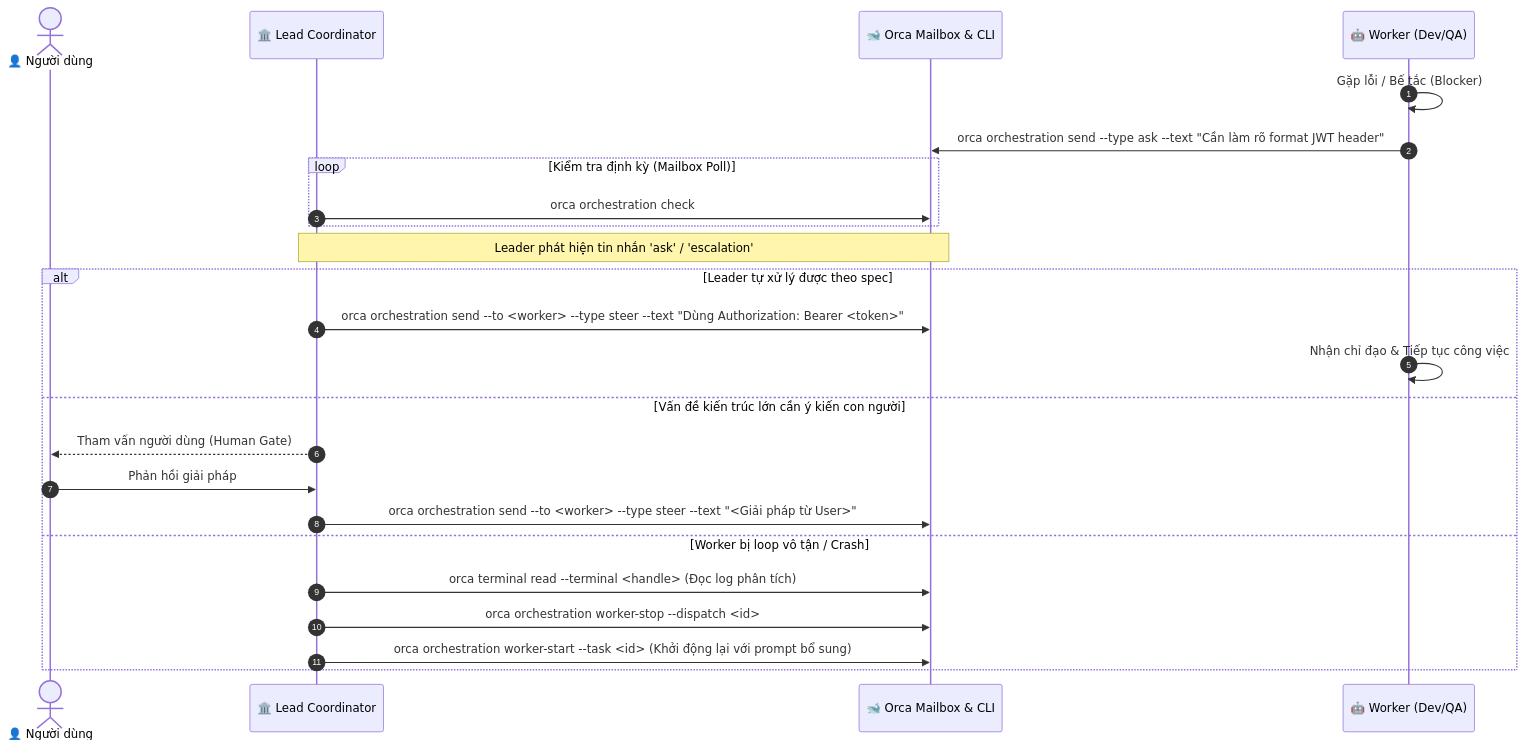
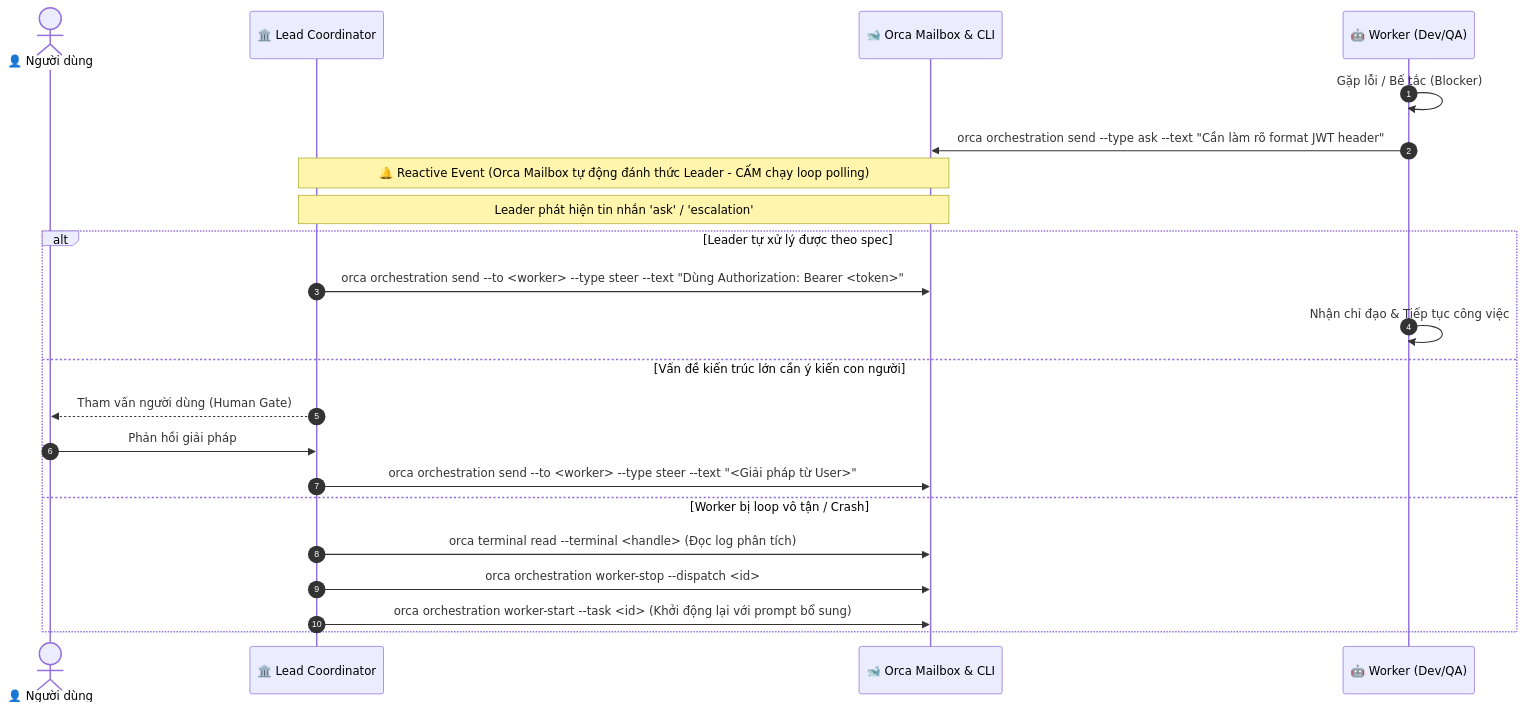
The sixth of 7 diagrams in docs/workflows.md (thapld/orca-multi-agent-orchestrator), drawn with Mermaid before and after one commit. The commit also changed other lines of this file and 3 other files, not shown here.

Commit message:
fix(token-economy): ignore .orca runtime in git, remove diagram polling loops, and mandate frugal dispatch

````diff
--- a/docs/workflows.md
+++ b/docs/workflows.md
@@ -157,30 +157,27 @@
 ```mermaid
 sequenceDiagram
     autonumber
     actor User as 👤 Người dùng
     participant Lead as 🏛️ Lead Coordinator
     participant Orca as 🐋 Orca Mailbox & CLI
     participant Worker as 🤖 Worker (Dev/QA)
 
     Worker->>Worker: Gặp lỗi / Bế tắc (Blocker)
     Worker->>Orca: orca orchestration send --type ask --text "Cần làm rõ format JWT header"
     
-    loop Kiểm tra định kỳ (Mailbox Poll)
-        Lead->>Orca: orca orchestration check
-    end
-
+    Note over Lead,Orca: 🔔 Reactive Event (Orca Mailbox tự động đánh thức Leader - CẤM chạy loop polling)
     Note over Lead,Orca: Leader phát hiện tin nhắn 'ask' / 'escalation'
     
     alt Leader tự xử lý được theo spec
         Lead->>Orca: orca orchestration send --to <worker> --type steer --text "Dùng Authorization: Bearer <token>"
         Worker->>Worker: Nhận chỉ đạo & Tiếp tục công việc
     else Vấn đề kiến trúc lớn cần ý kiến con người
         Lead-->>User: Tham vấn người dùng (Human Gate)
         User->>Lead: Phản hồi giải pháp
         Lead->>Orca: orca orchestration send --to <worker> --type steer --text "<Giải pháp từ User>"
     else Worker bị loop vô tận / Crash
         Lead->>Orca: orca terminal read --terminal <handle> (Đọc log phân tích)
         Lead->>Orca: orca orchestration worker-stop --dispatch <id>
         Lead->>Orca: orca orchestration worker-start --task <id> (Khởi động lại với prompt bổ sung)
     end
 ```
````
